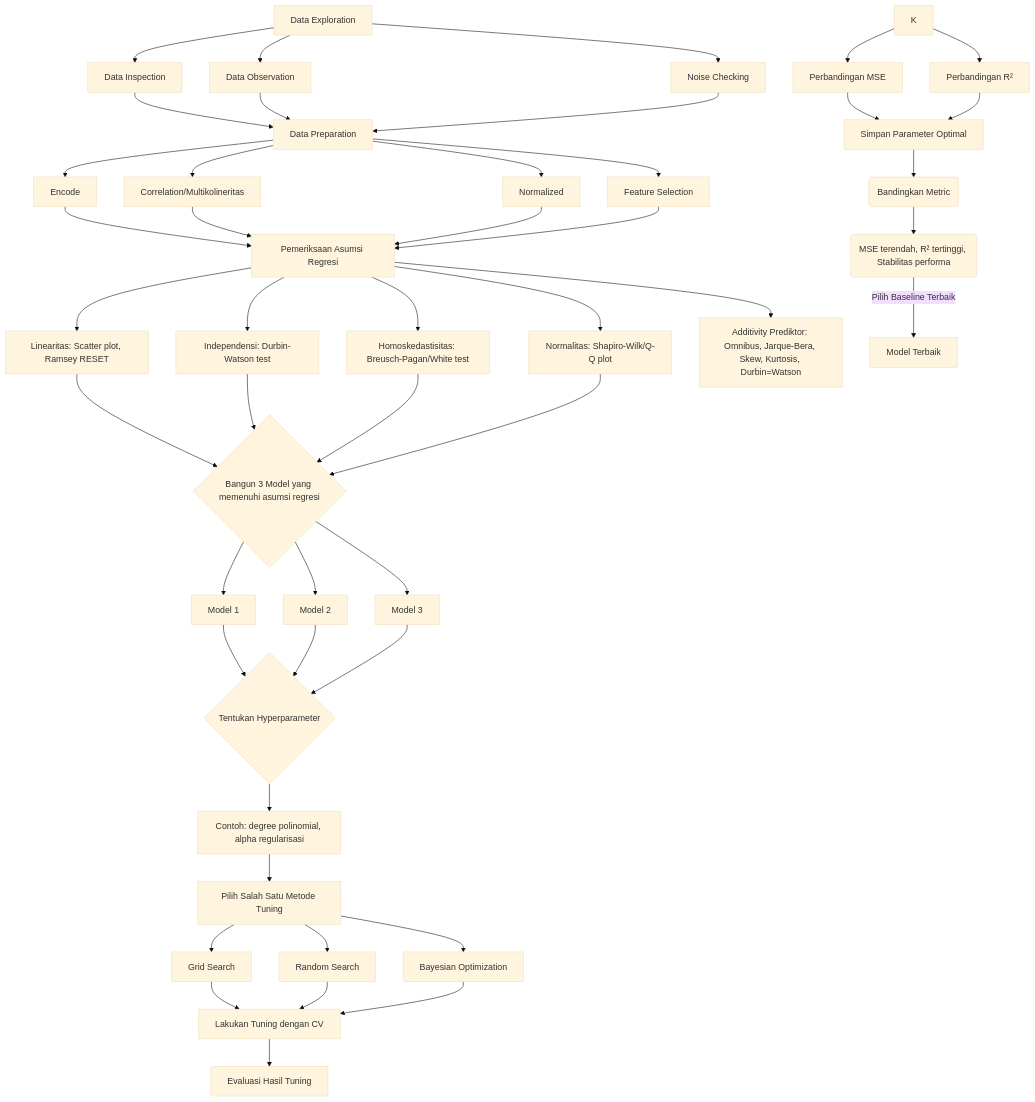
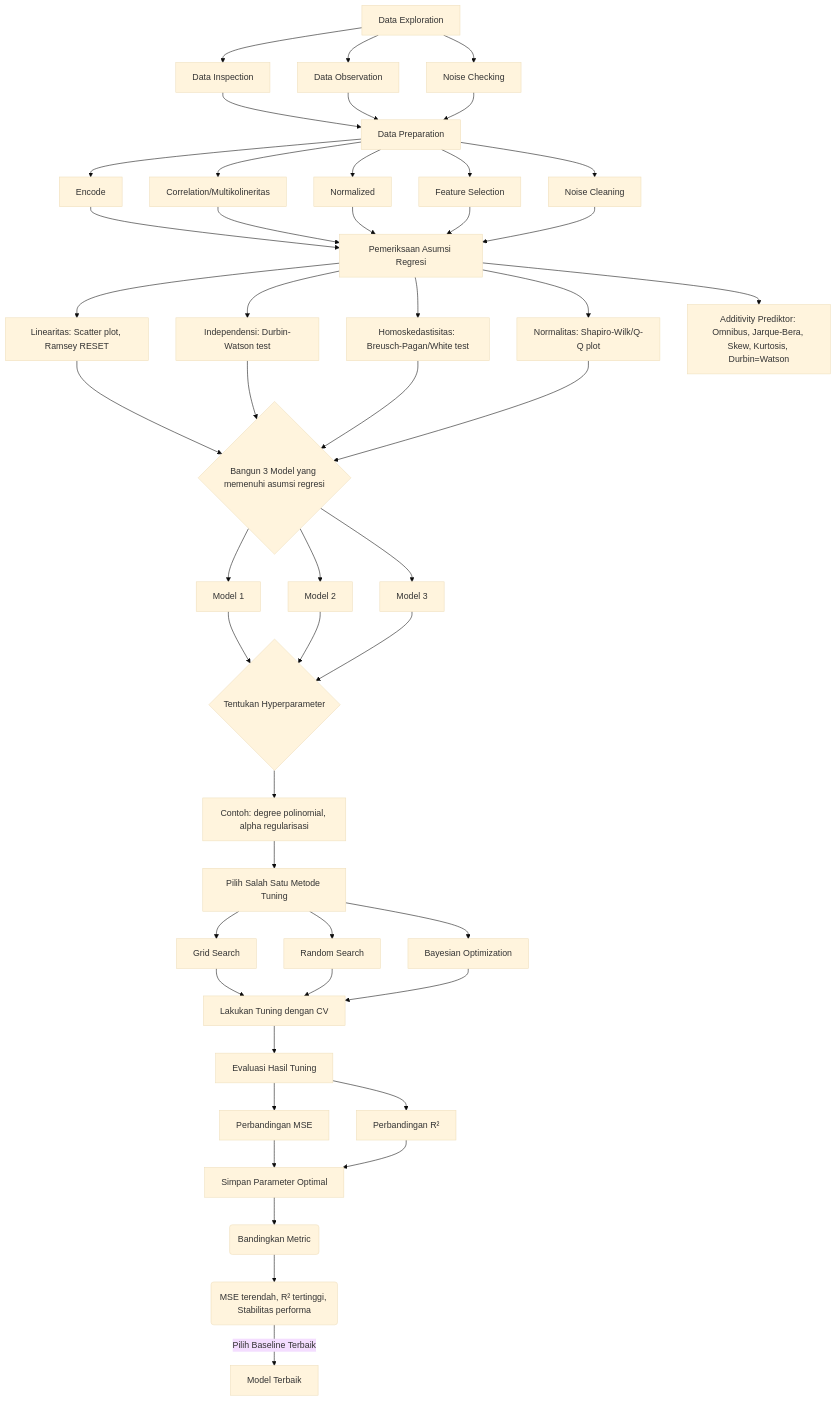
Before and after one commit to AkbarArsanata/Analisis-Freelancer: the fourth of 4 diagrams in README.md, drawn with Mermaid (base theme). The commit also changed other lines of this file, not shown here.

````diff
--- a/README.md
+++ b/README.md
@@ -218,64 +208,66 @@
 ```mermaid
 graph TD
     A[Data Exploration] --> A1[Data Inspection]
     A --> A2[Data Observation]
     A --> A3[Noise Checking]
     A1 --> B[Data Preparation]
     A2 --> B
     A3 --> B
 
     B --> C1[Encode]
     B --> C2[Correlation/Multikolineritas]
     B --> C3[Normalized]
     B --> C4[Feature Selection]
-    
+B --> C5[Noise Cleaning]
+  
     C1 --> D[Pemeriksaan Asumsi Regresi]
     C2 --> D
     C3 --> D
     C4 --> D
+C5 --> D
     
     D --> E1[Linearitas: Scatter plot, Ramsey RESET]
     D --> E2[Independensi: Durbin-Watson test]
     D --> E3[Homoskedastisitas: Breusch-Pagan/White test]
     D --> E4[Normalitas: Shapiro-Wilk/Q-Q plot]
     D --> E5[Additivity Prediktor: Omnibus, Jarque-Bera, Skew, Kurtosis, Durbin=Watson]
 
     E1 --> F{Bangun 3 Model yang memenuhi asumsi regresi}
     E2 --> F
     E3 --> F
     E4 --> F
 
   F --> F1[Model 1]
   F --> F2[Model 2] 
   F --> F3[Model 3]
 
 F1 --> G{Tentukan Hyperparameter}
 F2 --> G
 F3 --> G
 
     G --> G1[Contoh: degree polinomial, alpha regularisasi]
     
     G1 --> H[Pilih Salah Satu Metode Tuning]
     H --> H1[Grid Search]
     H --> H2[Random Search]
     H --> H3[Bayesian Optimization]
     
     H1 --> I[Lakukan Tuning dengan CV]
     H2 --> I
     H3 --> I
     
-    I --> J[Evaluasi Hasil Tuning]
+    I --> K[Evaluasi Hasil Tuning]
     K --> K1[Perbandingan MSE]
     K --> K2[Perbandingan R²]
     
     K1 --> L[Simpan Parameter Optimal]
     K2 --> L
 
   L-->M(Bandingkan Metric)
   
   M-->N(MSE terendah, R² tertinggi, Stabilitas performa)
 
    N-->|Pilih Baseline Terbaik|O[Model Terbaik]
 
 
 ```
````
